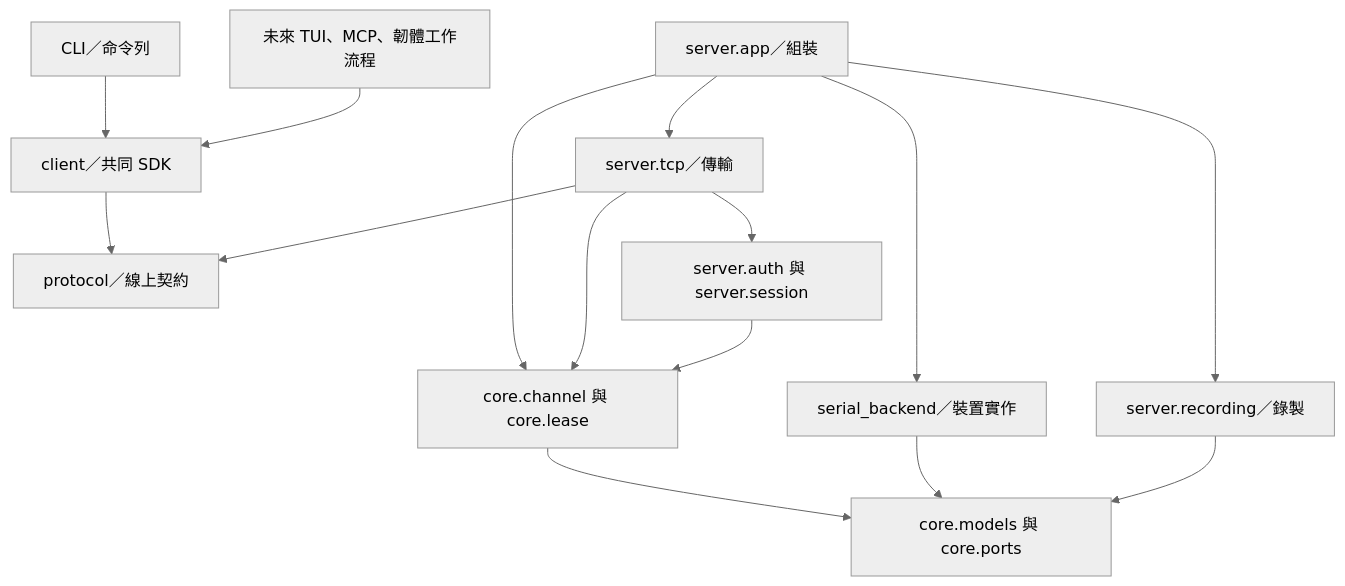
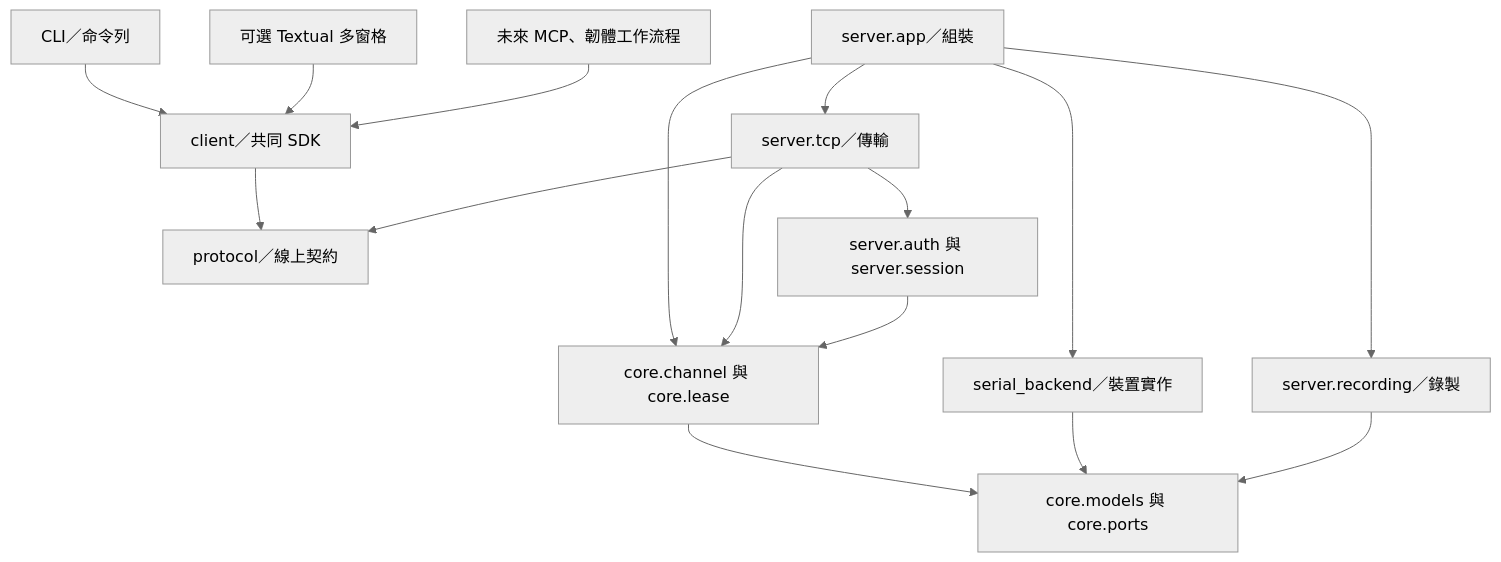
The second of 4 diagrams in docs/architecture.md (abiau/uart-gateway), drawn with Mermaid (neutral theme) before and after one commit. The commit also changed other lines of this file and 23 other files, not shown here.

````diff
--- a/docs/architecture.md
+++ b/docs/architecture.md
@@ -83,17 +87,18 @@
 ```mermaid
 flowchart TB
     CLI["CLI／命令列"] --> SDK["client／共同 SDK"]
-    FUTURE["未來 TUI、MCP、韌體工作流程"] --> SDK
+    TUI["可選 Textual 多窗格"] --> SDK
+    FUTURE["未來 MCP、韌體工作流程"] --> SDK
     SDK --> P["protocol／線上契約"]
     APP["server.app／組裝"] --> TCP["server.tcp／傳輸"]
     APP --> IO["serial_backend／裝置實作"]
     APP --> REC["server.recording／錄製"]
     APP --> C["core.channel 與 core.lease"]
     TCP --> P
     TCP --> S["server.auth 與 server.session"]
     TCP --> C
     S --> C
     C --> M["core.models 與 core.ports"]
     IO --> M
     REC --> M
 ```
````
